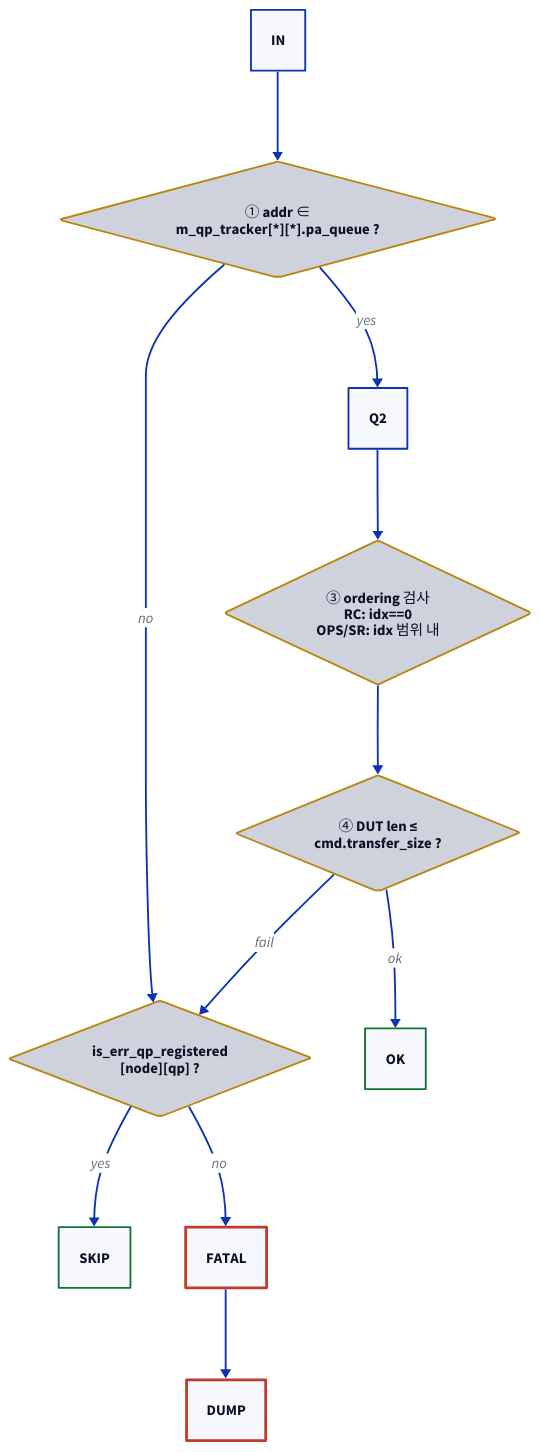
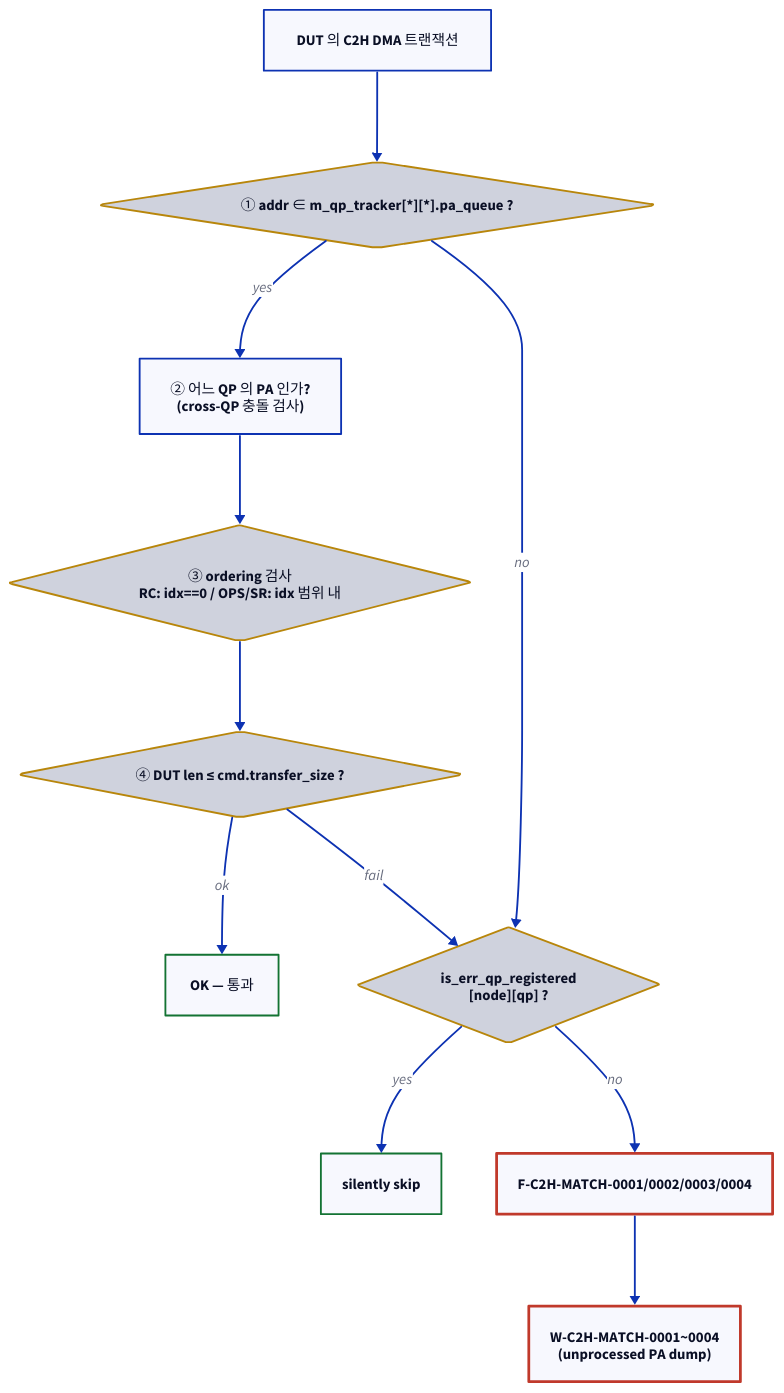
Before and after one commit to humbleowl39/DV_SKOOL: the first of 2 diagrams in topics/rdma_verification/docs/10_debug_c2h_tracker.md, drawn with D2. The commit also changed 90 other files, not shown here.

First line of the commit message:
docs: 전 토픽 다이어그램 정비 — ASCII→D2, mermaid→D2, 과대 D2 가시성 수정

````diff
--- a/topics/rdma_verification/docs/10_debug_c2h_tracker.md
+++ b/topics/rdma_verification/docs/10_debug_c2h_tracker.md
@@ -82,28 +82,25 @@
 ```d2
 direction: down
 
-# unparsed: IN["DUT 의 C2H DMA 트랜잭션"]
-Q1: "① addr ∈\nm_qp_tracker[*][*].pa_queue ?" { shape: diamond; style.stroke: "#b8860b"; style.stroke-width: 2 }
-# unparsed: Q2["② 어느 QP 의 PA 인가?<br/>(cross-QP 충돌 검사)"]
-Q3: "③ ordering 검사\nRC: idx==0\nOPS/SR: idx 범위 내" { shape: diamond; style.stroke: "#b8860b"; style.stroke-width: 2 }
-Q4: "④ DUT len ≤\ncmd.transfer_size ?" { shape: diamond; style.stroke: "#b8860b"; style.stroke-width: 2 }
-# unparsed: OK["OK — 통과"]
+IN: "DUT 의 C2H DMA 트랜잭션"
+Q1: "① addr ∈ m_qp_tracker[*][*].pa_queue ?" { shape: diamond; style.stroke: "#b8860b"; style.stroke-width: 2 }
+Q2: "② 어느 QP 의 PA 인가?\n(cross-QP 충돌 검사)"
+Q3: "③ ordering 검사\nRC: idx==0 / OPS/SR: idx 범위 내" { shape: diamond; style.stroke: "#b8860b"; style.stroke-width: 2 }
+Q4: "④ DUT len ≤ cmd.transfer_size ?" { shape: diamond; style.stroke: "#b8860b"; style.stroke-width: 2 }
+OK: "OK — 통과" { style.stroke: "#137333"; style.stroke-width: 2 }
 GATE: "is_err_qp_registered\n[node][qp] ?" { shape: diamond; style.stroke: "#b8860b"; style.stroke-width: 2 }
-# unparsed: SKIP["silently skip"]
-# unparsed: FATAL["F-C2H-MATCH-0001/0002/0003/0004"]
-# unparsed: DUMP["W-C2H-MATCH-0001~0004<br/>(unprocessed PA dump)"]
+SKIP: "silently skip" { style.stroke: "#137333"; style.stroke-width: 2 }
+FATAL: "F-C2H-MATCH-0001/0002/0003/0004" { style.stroke: "#c0392b"; style.stroke-width: 3 }
+DUMP: "W-C2H-MATCH-0001~0004\n(unprocessed PA dump)" { style.stroke: "#c0392b"; style.stroke-width: 3 }
+
 IN -> Q1
 Q1 -> Q2: "yes"
 Q2 -> Q3
 Q3 -> Q4
-OK { style.stroke: "#137333"; style.stroke-width: 2 }
 Q4 -> OK: "ok"
 Q1 -> GATE: "no"
 Q4 -> GATE: "fail"
-SKIP { style.stroke: "#137333"; style.stroke-width: 2 }
 GATE -> SKIP: "yes"
-FATAL { style.stroke: "#c0392b"; style.stroke-width: 3 }
-DUMP { style.stroke: "#c0392b"; style.stroke-width: 3 }
 GATE -> FATAL: "no"
 FATAL -> DUMP
 ```
````
